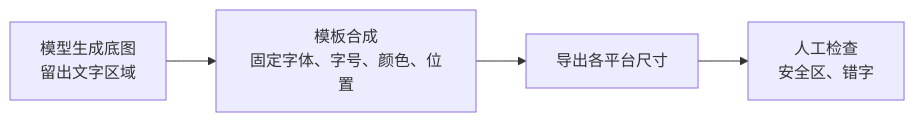
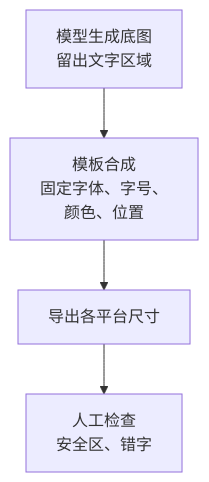
One commit to jarvis-pro/hatch-shelf changed the diagram in books/ai-content-pipeline/03-images.md. Above: the diagram before and after it, drawn with Mermaid. The commit also changed other lines of this file and 432 other files, not shown here.

````diff
--- a/books/ai-content-pipeline/03-images.md
+++ b/books/ai-content-pipeline/03-images.md
@@ -34,6 +34,6 @@
 ```mermaid
-flowchart LR
-  A["模型生成底图<br/>留出文字区域"] --> B["模板合成<br/>固定字体、字号、颜色、位置"]
+flowchart TD
+  A["模型生成底图<br/>留出文字区域"] --> B["模板合成<br/>固定字体、字号、<br/>颜色、位置"]
   B --> C["导出各平台尺寸"]
   C --> D["人工检查<br/>安全区、错字"]
 ```
````
